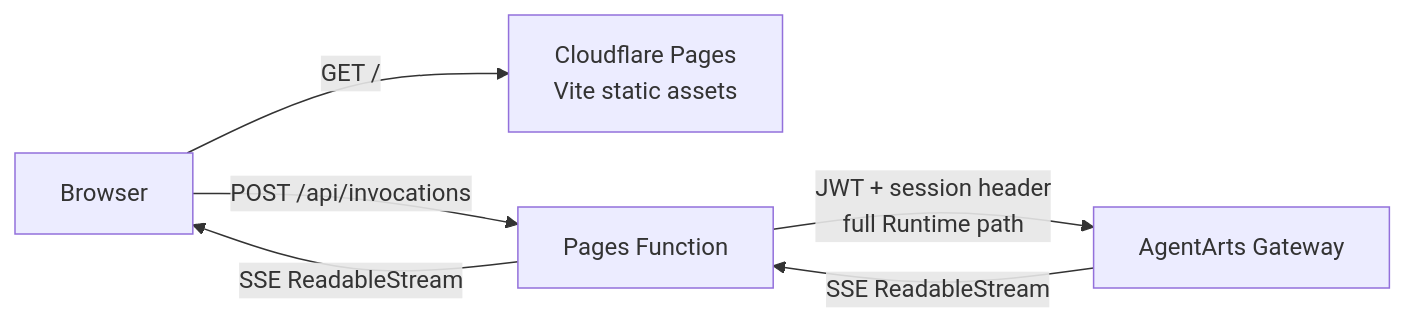
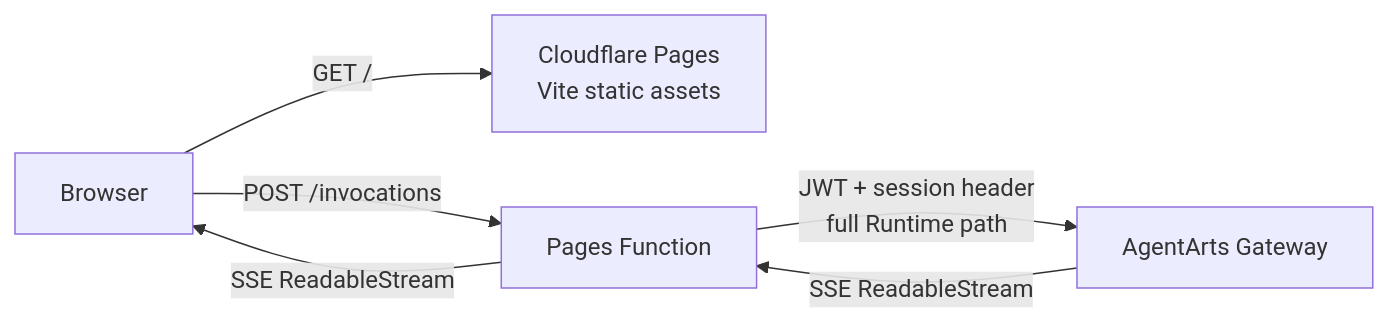
One commit to T-1009/personal-assistant changed the first of 2 diagrams in personal-assistant-meta/architecture/cloud-service/cloudflare/pages.md. Above: the diagram before and after it, drawn with Mermaid. The commit also changed other lines of this file and 15 other files, not shown here.

First line of the commit message:
refactor: flatten API path to /invocations by removing /api prefix from Cloudflare Pages Function and client URL construction

````diff
--- a/personal-assistant-meta/architecture/cloud-service/cloudflare/pages.md
+++ b/personal-assistant-meta/architecture/cloud-service/cloudflare/pages.md
@@ -9,8 +9,8 @@
 ```mermaid
 flowchart LR
     Browser["Browser"] -->|"GET /"| Pages["Cloudflare Pages<br/>Vite static assets"]
-    Browser -->|"POST /api/invocations"| Function["Pages Function"]
+    Browser -->|"POST /invocations"| Function["Pages Function"]
     Function -->|"JWT + session header<br/>full Runtime path"| Gateway["AgentArts Gateway"]
     Gateway -->|"SSE ReadableStream"| Function
     Function -->|"SSE ReadableStream"| Browser
 ```
````
